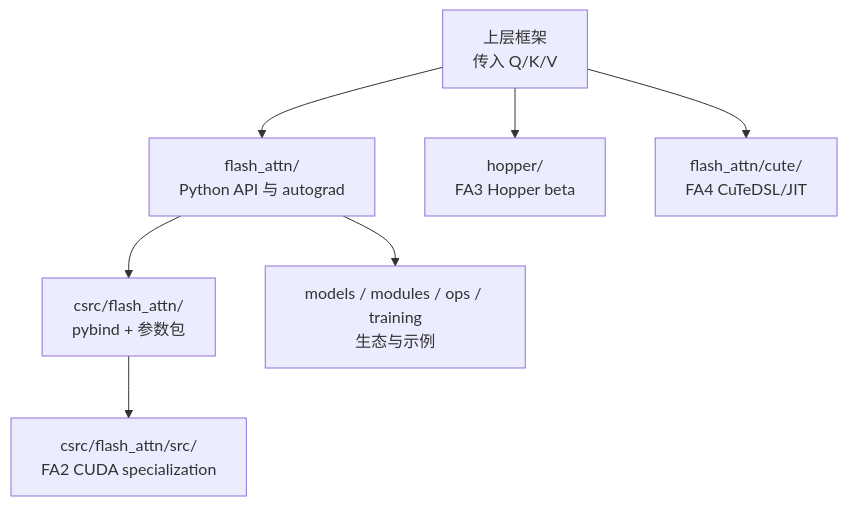
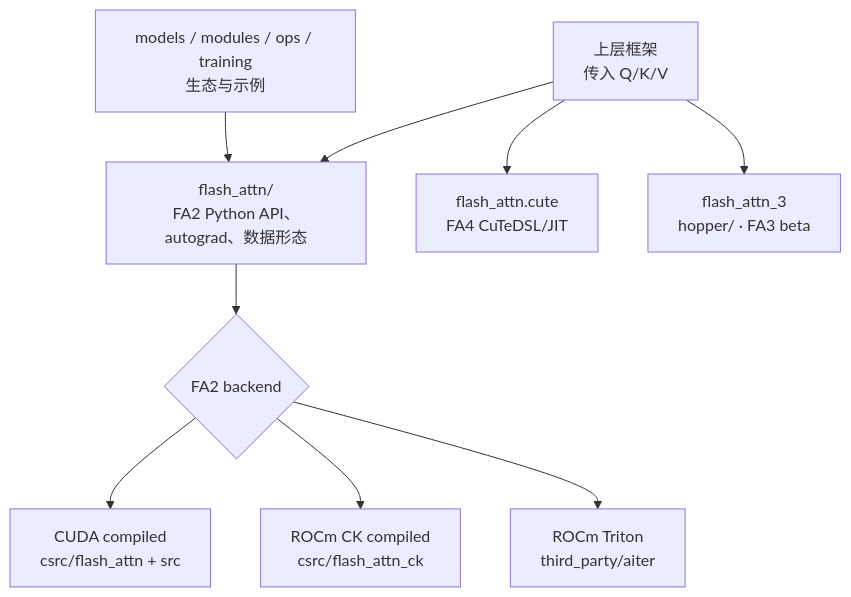
One commit to OnlyHero5/sglang-reading-vault changed the diagram in flash-attn_reading/导读与总览/FlashAttention-项目总览.md. Above: the diagram before and after it, drawn with Mermaid. The commit also changed other lines of this file and 512 other files, not shown here.

````diff
--- a/flash-attn_reading/导读与总览/FlashAttention-项目总览.md
+++ b/flash-attn_reading/导读与总览/FlashAttention-项目总览.md
@@ -31,14 +31,19 @@
 ```mermaid
-flowchart TB
+flowchart TD
     USER["上层框架<br/>传入 Q/K/V"]
-    PY["flash_attn/<br/>Python API 与 autograd"]
-    CPP["csrc/flash_attn/<br/>pybind + 参数包"]
-    CU["csrc/flash_attn/src/<br/>FA2 CUDA specialization"]
-    HOP["hopper/<br/>FA3 Hopper beta"]
-    CUTE["flash_attn/cute/<br/>FA4 CuTeDSL/JIT"]
+    PY["flash_attn/<br/>FA2 Python API、autograd、数据形态"]
+    ROUTE{"FA2 backend"}
+    CUDA["CUDA compiled<br/>csrc/flash_attn + src"]
+    CK["ROCm CK compiled<br/>csrc/flash_attn_ck"]
+    TRITON["ROCm Triton<br/>third_party/aiter"]
+    HOP["flash_attn_3<br/>hopper/ · FA3 beta"]
+    CUTE["flash_attn.cute<br/>FA4 CuTeDSL/JIT"]
     ECO["models / modules / ops / training<br/>生态与示例"]
-    USER --> PY --> CPP --> CU
+    USER --> PY --> ROUTE
+    ROUTE --> CUDA
+    ROUTE --> CK
+    ROUTE --> TRITON
     USER --> CUTE
     USER --> HOP
-    PY --> ECO
+    ECO --> PY
 ```
````
